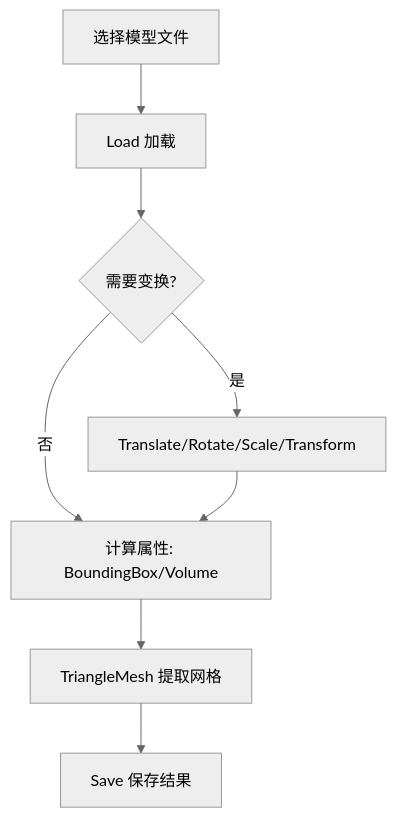
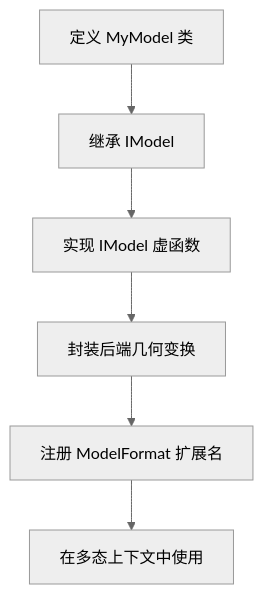
One commit to hsmbanlance/HsBaSlicer changed diagram 12 of 12 in .qoder/repowiki/zh/content/核心概念/模型抽象接口/模型抽象接口.md. Above: the diagram before and after it, drawn with Mermaid (neutral theme). The commit also changed other lines of this file and 1135 other files, not shown here.

````diff
--- a/.qoder/repowiki/zh/content/核心概念/模型抽象接口/模型抽象接口.md
+++ b/.qoder/repowiki/zh/content/核心概念/模型抽象接口/模型抽象接口.md
@@ -404,10 +426,8 @@
 ```mermaid
 flowchart TD
-A["选择模型文件"] --> B["Load 加载"]
-B --> C{"需要变换?"}
-C --> |是| D["Translate/Rotate/Scale/Transform"]
-C --> |否| E["继续"]
-D --> E["计算属性: BoundingBox/Volume"]
-E --> F["TriangleMesh 提取网格"]
-F --> G["Save 保存结果"]
+A["定义 MyModel 类"] --> B["继承 IModel"]
+B --> C["实现 IModel 虚函数"]
+C --> D["封装后端几何变换"]
+D --> E["注册 ModelFormat 扩展名"]
+E --> F["在多态上下文中使用"]
 ```
````
